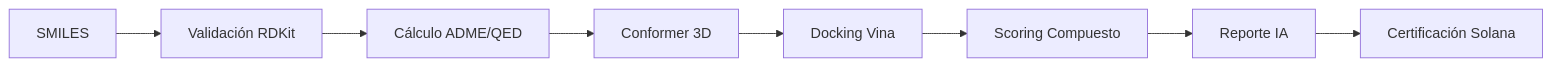
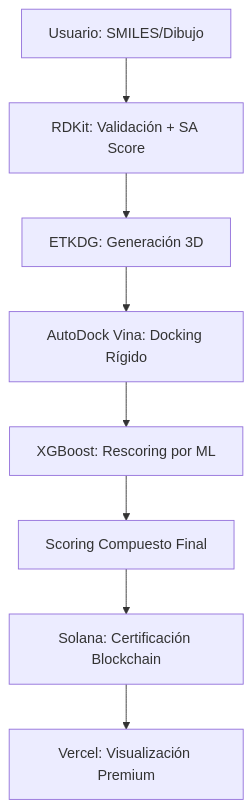
Before and after one commit to srcacahuate619/molecule-design: the diagram in readme.md, drawn with Mermaid. The commit also changed other lines of this file, not shown here.

Commit message:
docs: update README to v5.0 with ML Rescoring and Spearman validation

````diff
--- a/readme.md
+++ b/readme.md
@@ -45,10 +43,10 @@
 ```mermaid
-graph LR
-    A[SMILES] --> B[Validación RDKit]
-    B --> C[Cálculo ADME/QED]
-    C --> D[Conformer 3D]
-    D --> E[Docking Vina]
-    E --> F[Scoring Compuesto]
-    F --> G[Reporte IA]
-    G --> H[Certificación Solana]
+graph TD
+    A[Usuario: SMILES/Dibujo] --> B[RDKit: Validación + SA Score]
+    B --> C[ETKDG: Generación 3D]
+    C --> D[AutoDock Vina: Docking Rígido]
+    D --> E[XGBoost: Rescoring por ML]
+    E --> F[Scoring Compuesto Final]
+    F --> G[Solana: Certificación Blockchain]
+    G --> H[Vercel: Visualización Premium]
 ```
````
